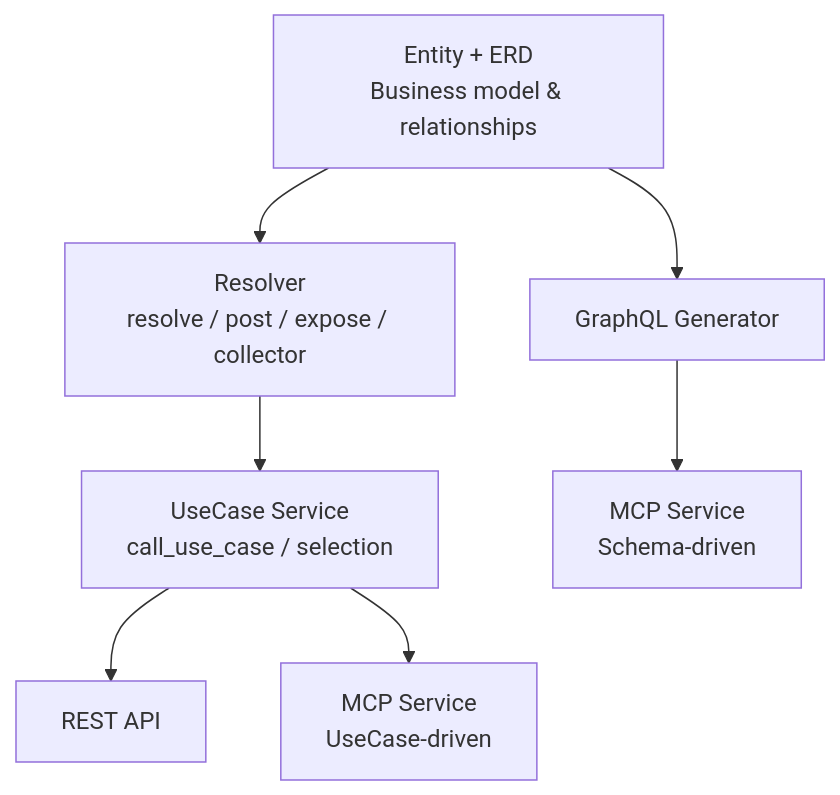
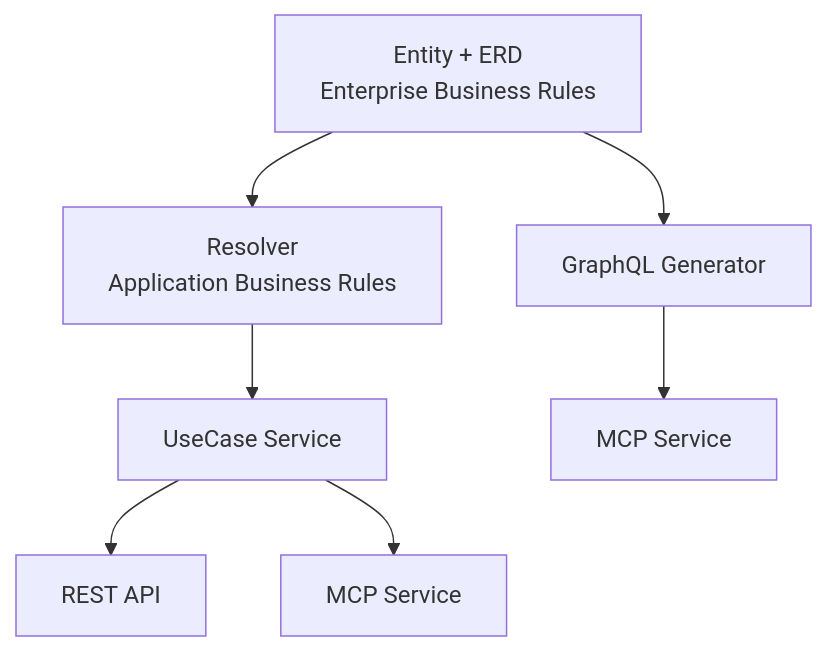
Before and after one commit to allmonday/pydantic-resolve: the second of 2 diagrams in README.md, drawn with Mermaid. The commit also changed other lines of this file and 17 other files, not shown here.

First line of the commit message:
Refactor documentation to emphasize Clean Architecture principles

````diff
--- a/README.md
+++ b/README.md
@@ -78,17 +97,17 @@
 ```mermaid
 flowchart TB
-    entity["Entity + ERD<br/>Business model & relationships"]
-    resolve["Resolver<br/>resolve / post / expose / collector"]
+    entity["Entity + ERD<br/>Enterprise Business Rules"]
+    resolve["Resolver<br/>Application Business Rules"]
     graphql["GraphQL Generator"]
-    usecase["UseCase Service<br/>call_use_case / selection"]
+    usecase["UseCase Service"]
     api["REST API"]
-    mcp1["MCP Service<br/>UseCase-driven"]
-    mcp2["MCP Service<br/>Schema-driven"]
+    mcp1["MCP Service"]
+    mcp2["MCP Service"]
 
     entity --> resolve
     entity --> graphql
     resolve --> usecase
     usecase --> api
     usecase --> mcp1
     graphql --> mcp2
 ```
````
